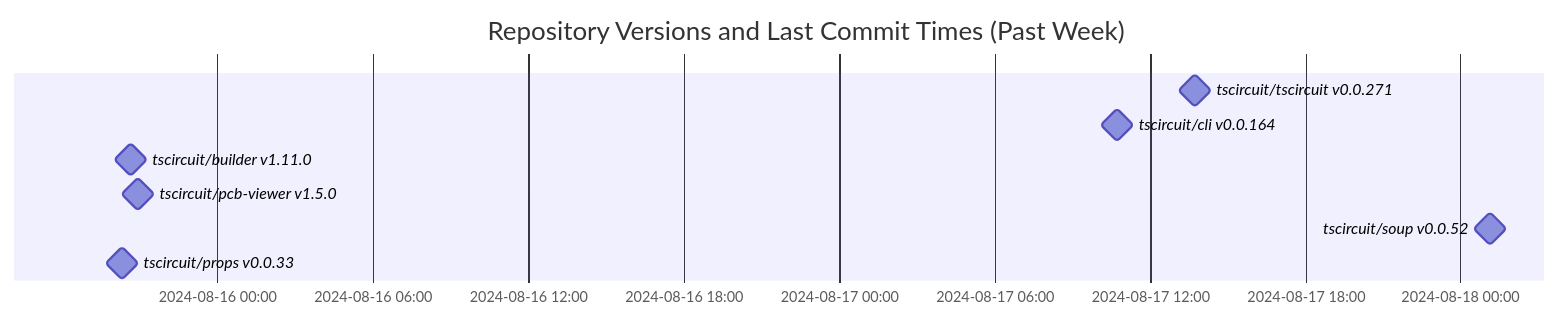
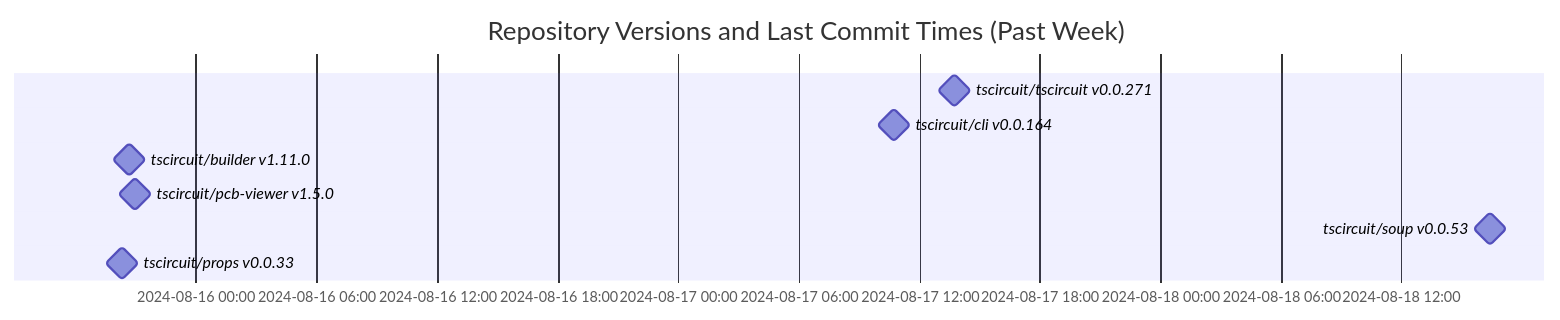
One commit to tscircuit/version-tracker changed the diagram in README.md. Above: the diagram before and after it, drawn with Mermaid.

Commit message:
Update chart

````diff
--- a/README.md
+++ b/README.md
@@ -1,13 +1,13 @@
 ```mermaid
 gantt
   dateFormat  YYYY-MM-DD HH:mm:ss
   title Repository Versions and Last Commit Times (Past Week)
   axisFormat %Y-%m-%d %H:%M
 
   tscircuit/tscircuit v0.0.271 : milestone, 2024-08-17 13:46:19, 1s
   tscircuit/cli v0.0.164 : milestone, 2024-08-17 10:43:36, 1s
   tscircuit/builder v1.11.0 : milestone, 2024-08-15 20:38:45, 1s
   tscircuit/pcb-viewer v1.5.0 : milestone, 2024-08-15 20:55:08, 1s
-  tscircuit/soup v0.0.52 : milestone, 2024-08-18 01:08:45, 1s
+  tscircuit/soup v0.0.53 : milestone, 2024-08-18 16:25:05, 1s
   tscircuit/props v0.0.33 : milestone, 2024-08-15 20:18:33, 1s
 ```
````
